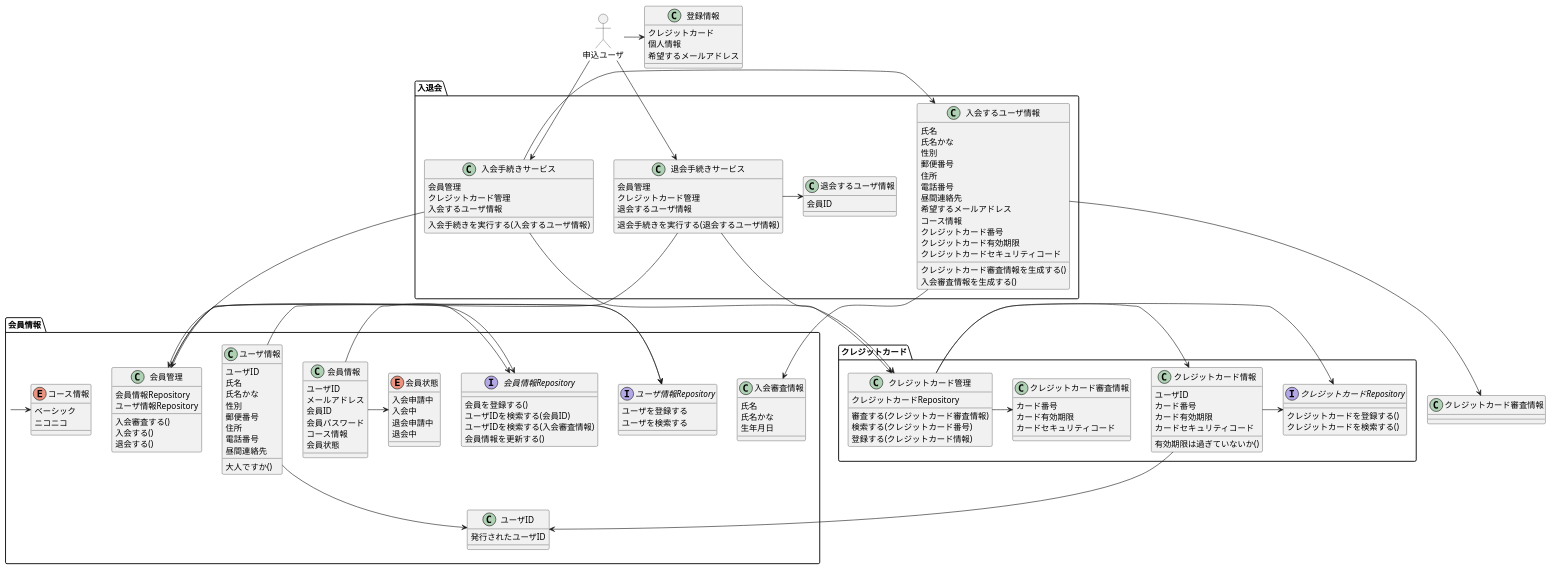
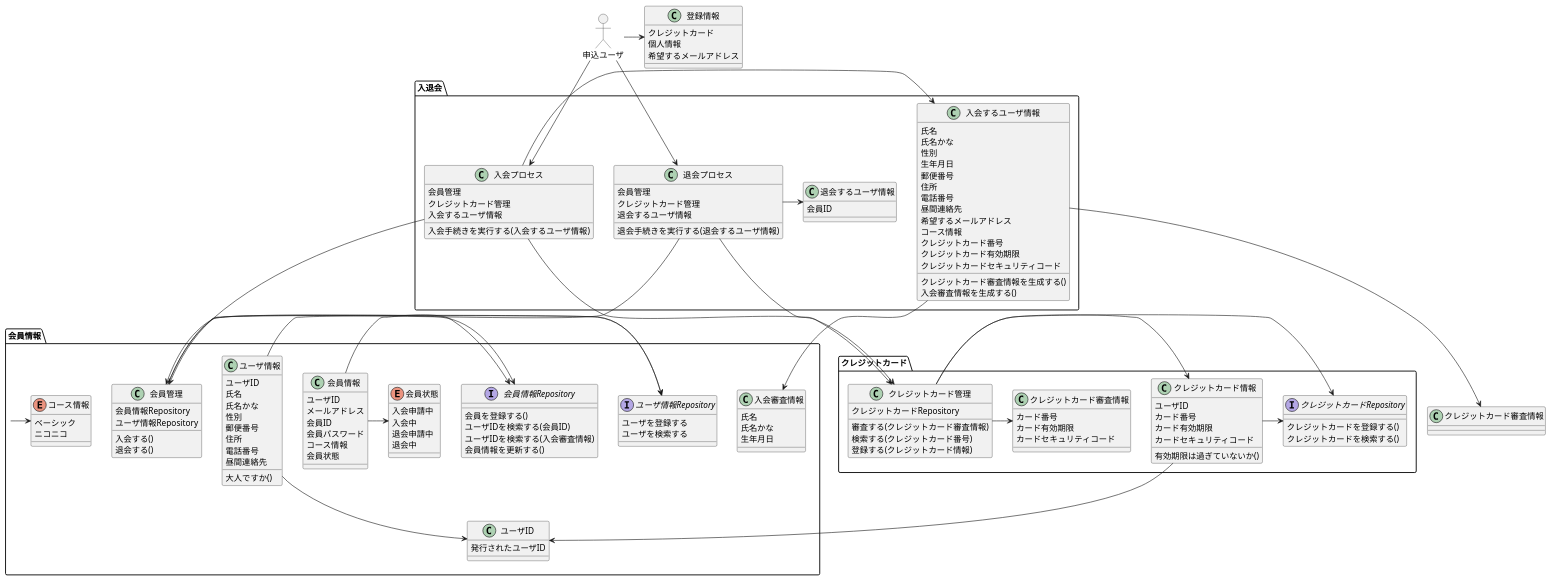
One commit to shigerujinnai/jin-study changed the diagram in etc/document/design/domain設計.puml. Above: the diagram before and after it, drawn with PlantUML. The commit also changed 32 other files, not shown here.

```diff
--- a/etc/document/design/domain設計.puml
+++ b/etc/document/design/domain設計.puml
@@ -10,7 +10,7 @@
 
 package 入退会 {
 
-    class 入会手続きサービス{
+    class 入会プロセス{
         会員管理
         クレジットカード管理
         入会するユーザ情報
@@ -18,7 +18,7 @@
         入会手続きを実行する(入会するユーザ情報)
     }
 
-    class 退会手続きサービス{
+    class 退会プロセス{
         会員管理
         クレジットカード管理
         退会するユーザ情報
@@ -30,6 +30,7 @@
         氏名
         氏名かな
         性別
+        生年月日
         郵便番号
         住所
         電話番号
@@ -48,8 +49,8 @@
         会員ID
     }
 
-    入会手続きサービス -> 入会するユーザ情報
-    退会手続きサービス -> 退会するユーザ情報
+    入会プロセス -> 入会するユーザ情報
+    退会プロセス -> 退会するユーザ情報
 
 }
 package 会員情報{
@@ -61,7 +62,6 @@
          会員情報Repository
          ユーザ情報Repository
 
-        入会審査する()
         入会する()
         退会する()
     }
@@ -143,7 +143,7 @@
 '        interface ユーザID発番Repository{
 '        }
 '        ユーザID発番管理 -> ユーザID発番Repository
-' 入会手続きサービス --> ユーザID発番管理
+' 入会プロセス --> ユーザID発番管理
 '    }
 
 入会するユーザ情報 -> 入会審査情報
@@ -200,15 +200,15 @@
 
 
  申込ユーザ -r-> 登録情報
- 申込ユーザ --> 入会手続きサービス
- 申込ユーザ --> 退会手続きサービス
+ 申込ユーザ --> 入会プロセス
+ 申込ユーザ --> 退会プロセス
 
- 入会手続きサービス --> クレジットカード管理
- 入会手続きサービス --> 会員管理
+ 入会プロセス --> クレジットカード管理
+ 入会プロセス --> 会員管理
 
 
- 退会手続きサービス -> 会員管理
- 退会手続きサービス -> クレジットカード管理
+ 退会プロセス -> 会員管理
+ 退会プロセス -> クレジットカード管理
 
 
 
```
